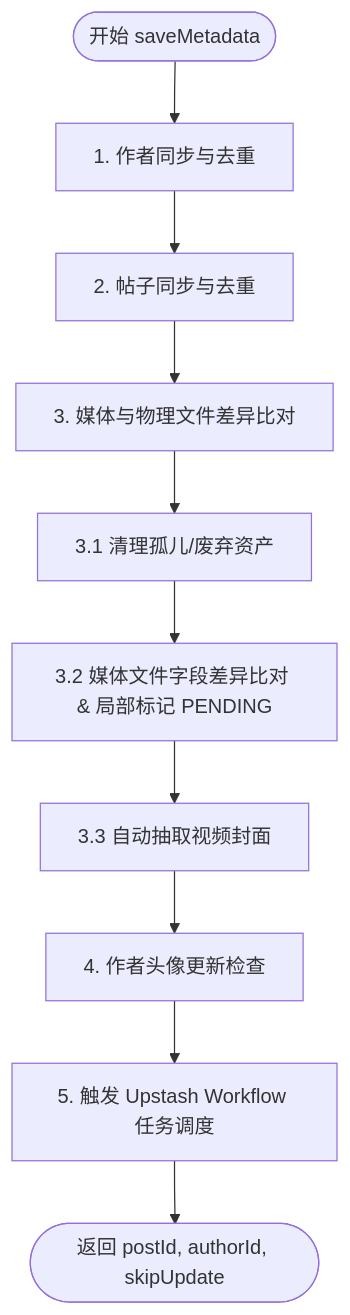
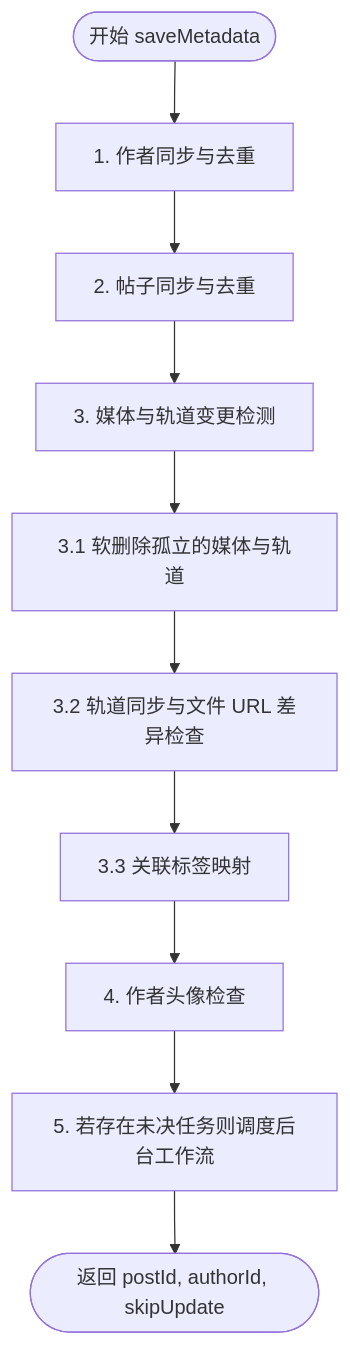
One commit to stariverr/stationary changed the diagram in docs/save_metadata_flow.zh-Hans.md. Above: the diagram before and after it, drawn with Mermaid. The commit also changed other lines of this file and 9 other files, not shown here.

````diff
--- a/docs/save_metadata_flow.zh-Hans.md
+++ b/docs/save_metadata_flow.zh-Hans.md
@@ -19,12 +19,12 @@
 ```mermaid
 graph TD
     Start([开始 saveMetadata]) --> Step1[1. 作者同步与去重]
     Step1 --> Step2[2. 帖子同步与去重]
-    Step2 --> Step3[3. 媒体与物理文件差异比对]
-    Step3 --> Step3_1[3.1 清理孤儿/废弃资产]
-    Step3_1 --> Step3_2[3.2 媒体文件字段差异比对 & 局部标记 PENDING]
-    Step3_2 --> Step3_3[3.3 自动抽取视频封面]
-    Step3_3 --> Step4[4. 作者头像更新检查]
-    Step4 --> Step5[5. 触发 Upstash Workflow 任务调度]
+    Step2 --> Step3[3. 媒体与轨道变更检测]
+    Step3 --> Step3_1[3.1 软删除孤立的媒体与轨道]
+    Step3_1 --> Step3_2[3.2 轨道同步与文件 URL 差异检查]
+    Step3_2 --> Step3_3[3.3 关联标签映射]
+    Step3_3 --> Step4[4. 作者头像检查]
+    Step4 --> Step5[5. 若存在未决任务则调度后台工作流]
     Step5 --> End([返回 postId, authorId, skipUpdate])
 ```
````
